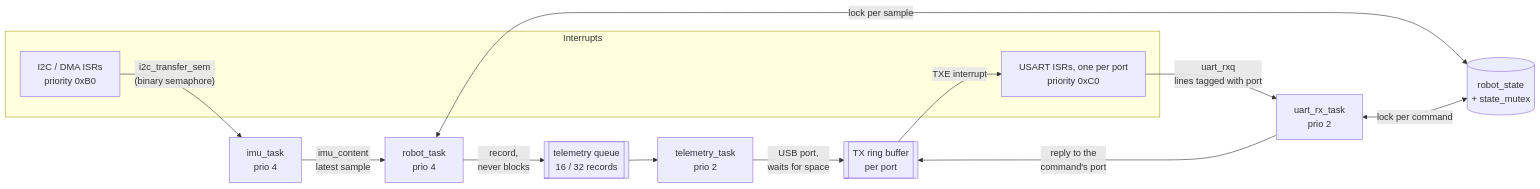
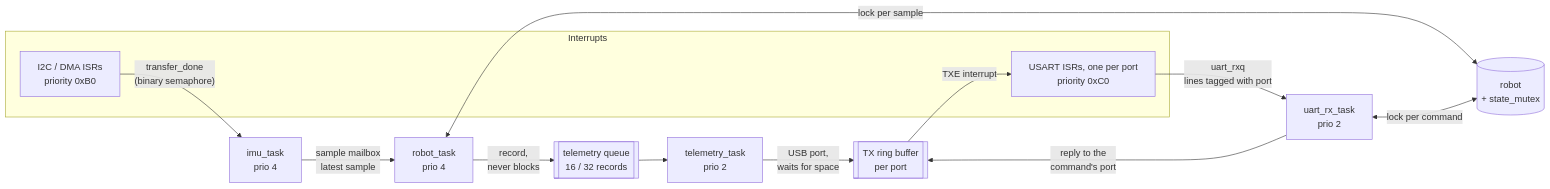
The second of 2 diagrams in docs/03-boot-and-rtos.md (machadothi/balancing_robot), drawn with Mermaid before and after one commit. The commit also changed other lines of this file and 10 other files, not shown here.

First line of the commit message:
docs: update for decoupled architecture, add link checker

````diff
--- a/docs/03-boot-and-rtos.md
+++ b/docs/03-boot-and-rtos.md
@@ -72,26 +72,26 @@
 ```mermaid
 flowchart LR
     subgraph ISRS["Interrupts"]
         DMAISR["I2C / DMA ISRs<br/>priority 0xB0"]
         UARTISR["USART ISRs, one per port<br/>priority 0xC0"]
     end
 
     IMU["imu_task<br/>prio 4"]
     ROBOT["robot_task<br/>prio 4"]
     RX["uart_rx_task<br/>prio 2"]
     TELEM["telemetry_task<br/>prio 2"]
-    STATE[("robot_state<br/>+ state_mutex")]
+    STATE[("robot<br/>+ state_mutex")]
     TLQ[["telemetry queue<br/>16 / 32 records"]]
     RING[["TX ring buffer<br/>per port"]]
 
-    DMAISR -->|"i2c_transfer_sem<br/>(binary semaphore)"| IMU
-    IMU -->|"imu_content<br/>latest sample"| ROBOT
+    DMAISR -->|"transfer_done<br/>(binary semaphore)"| IMU
+    IMU -->|"sample mailbox<br/>latest sample"| ROBOT
     UARTISR -->|"uart_rxq<br/>lines tagged with port"| RX
     ROBOT <-->|"lock per sample"| STATE
     RX <-->|"lock per command"| STATE
     ROBOT -->|"record,<br/>never blocks"| TLQ
     TLQ --> TELEM
     TELEM -->|"USB port,<br/>waits for space"| RING
     RX -->|"reply to the<br/>command's port"| RING
     RING -->|"TXE interrupt"| UARTISR
 ```
````
